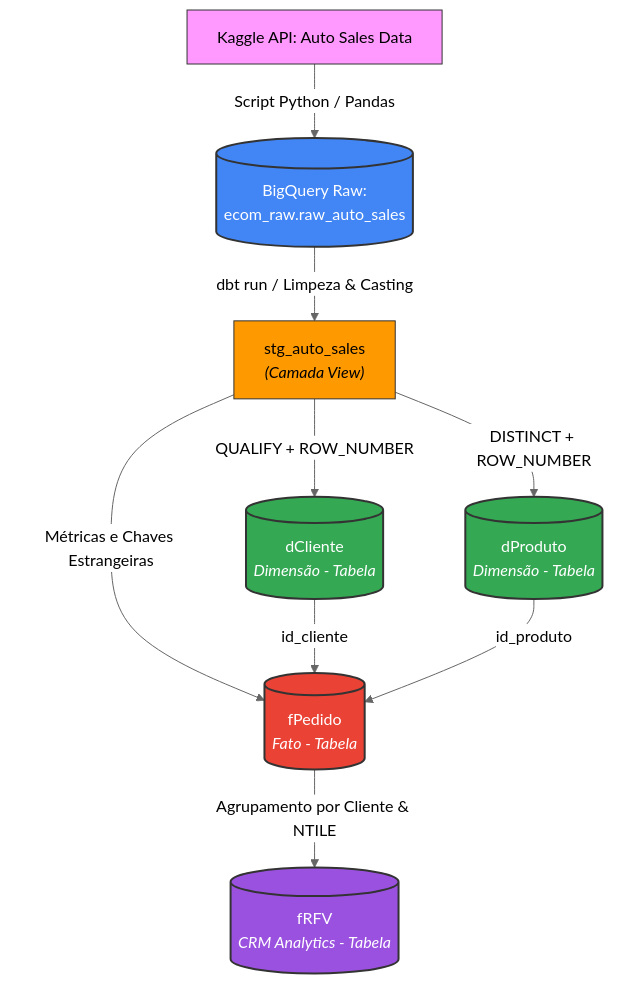
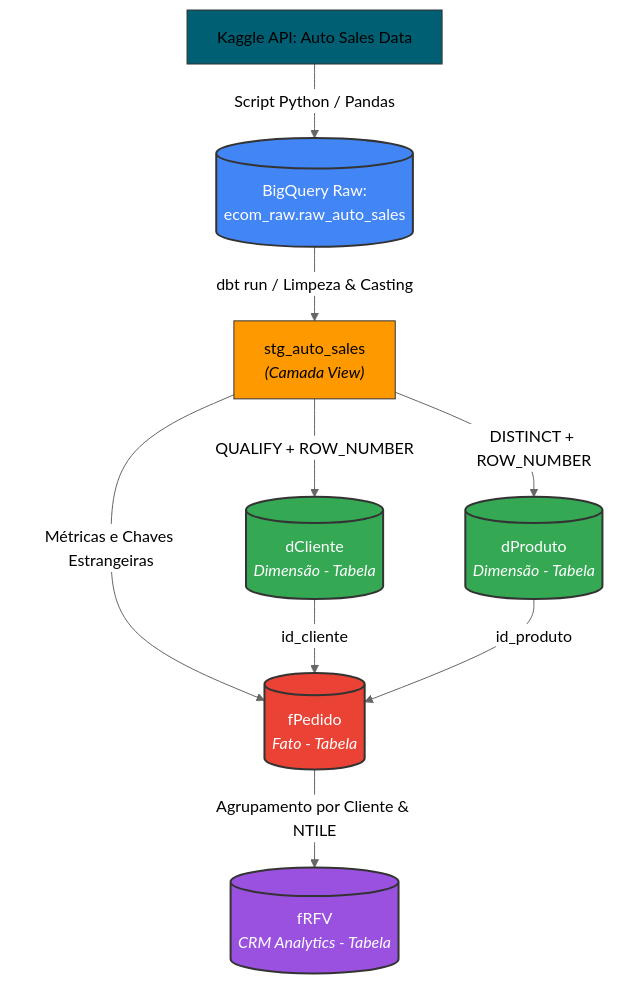
Before and after one commit to HeitorBackes/CRM-Analytics-RFV-Analysis: the diagram in README.md, drawn with Mermaid (neutral theme).

Commit message:
fix: ajusta cor e contraste do primeiro bloco do diagrama Mermaid

````diff
--- a/README.md
+++ b/README.md
@@ -143,30 +143,30 @@
 ```mermaid
 graph TD
     %% Fontes e Ingestão
     A["Kaggle API: Auto Sales Data"] -->|"Script Python / Pandas"| B[("BigQuery Raw:<br>ecom_raw.raw_auto_sales")]
 
     %% Camada Staging
     B -->|"dbt run / Limpeza & Casting"| C["stg_auto_sales <br><i>(Camada View)</i>"]
 
     %% Camada Dimensional
     C -->|"QUALIFY + ROW_NUMBER"| D[("dCliente <br><i>Dimensão - Tabela</i>")]
     C -->|"DISTINCT + ROW_NUMBER"| E[("dProduto <br><i>Dimensão - Tabela</i>")]  
     C -->|"Métricas e Chaves Estrangeiras"| F[("fPedido <br><i>Fato - Tabela</i>")]  
       
     %% Relacionamentos Star Schema  
     D -->|id_cliente| F  
     E -->|id_produto| F  
       
     %% Camada Analytics / CRM  
     F -->|Agrupamento por Cliente & NTILE | G[(fRFV <br><i>CRM Analytics - Tabela</i>)]  
       
     %% Estilos Visuais  
-    style A fill:#f9f,stroke:#333,stroke-width:1px  
+    style A fill:#005f73,stroke:#333,stroke-width:1px  
     style B fill:#4285F4,stroke:#333,stroke-width:2px,color:#fff  
     style C fill:#FF9900,stroke:#333,stroke-width:1px,color:#000  
     style D fill:#34A853,stroke:#333,stroke-width:2px,color:#fff  
     style E fill:#34A853,stroke:#333,stroke-width:2px,color:#fff  
     style F fill:#EA4335,stroke:#333,stroke-width:2px,color:#fff  
     style G fill:#9B51E0,stroke:#333,stroke-width:2px,color:#fff
 
   ```
````
